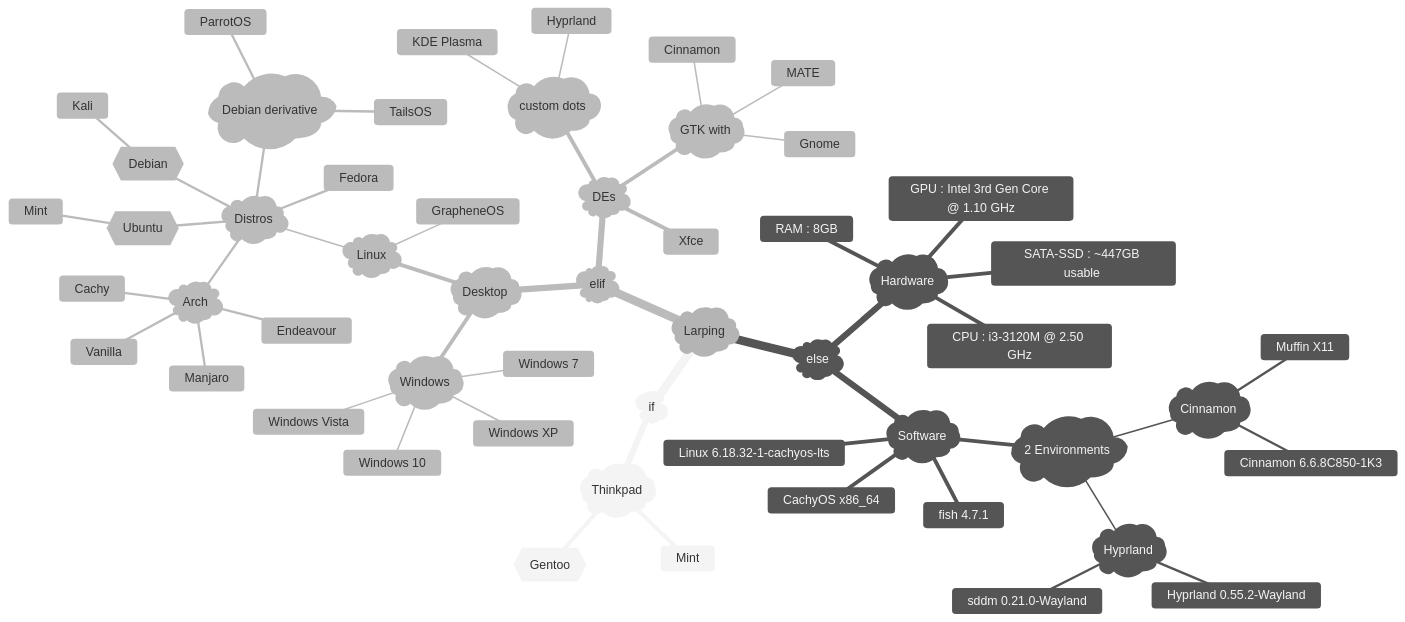
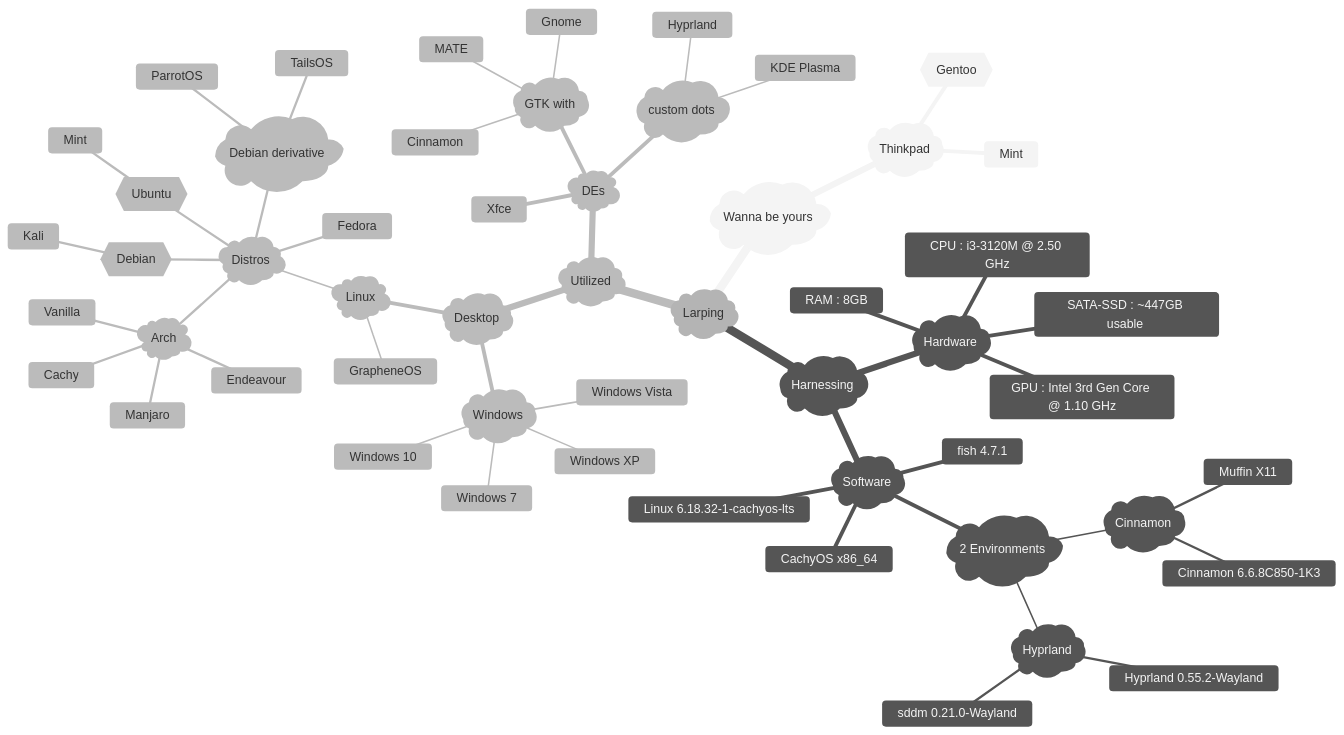
Before and after one commit to Chintanpatel24/Chintanpatel24: the diagram in README.md, drawn with Mermaid (neutral theme). The commit also changed other lines of this file, not shown here.

````diff
--- a/README.md
+++ b/README.md
@@ -4,57 +4,57 @@
 ```mermaid
 mindmap
 root)Larping(
- )if(
+ ) Wanna be yours(
   )Thinkpad(
    {{Gentoo}}
    Mint
- )else(
+ )Harnessing(
   )Hardware(     
    GPU : Intel 3rd Gen Core @ 1.10 GHz
    CPU : i3-3120M @ 2.50 GHz
    RAM : 8GB
    SATA-SSD : ~447GB usable 
   )Software(
    )2 Environments(
     )Cinnamon( 
      Muffin X11
      Cinnamon 6.6.8C850-1K3
     )Hyprland(
      Hyprland 0.55.2-Wayland
      sddm 0.21.0-Wayland
    CachyOS x86_64
    fish 4.7.1
    Linux 6.18.32-1-cachyos-lts
- )elif(
+ )Utilized(
   )Desktop(
    )Windows(
     Windows 7
     Windows XP
     Windows Vista
     Windows 10
    )Linux(
     GrapheneOS
     )Distros(
      )Arch(
       Endeavour
       Vanilla
       Cachy
       Manjaro
      {{Debian}}
       Kali
      {{Ubuntu}}
       Mint
      Fedora
      )Debian derivative(
       ParrotOS
       TailsOS
   )DEs(
    Xfce
    )custom dots(
     Hyprland
     KDE Plasma
    )GTK with(
     Cinnamon
     Gnome
     MATE
 ```
````
